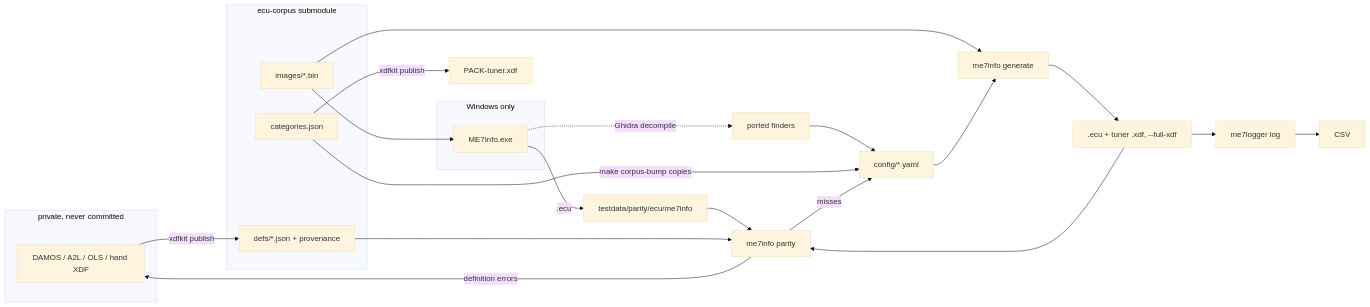
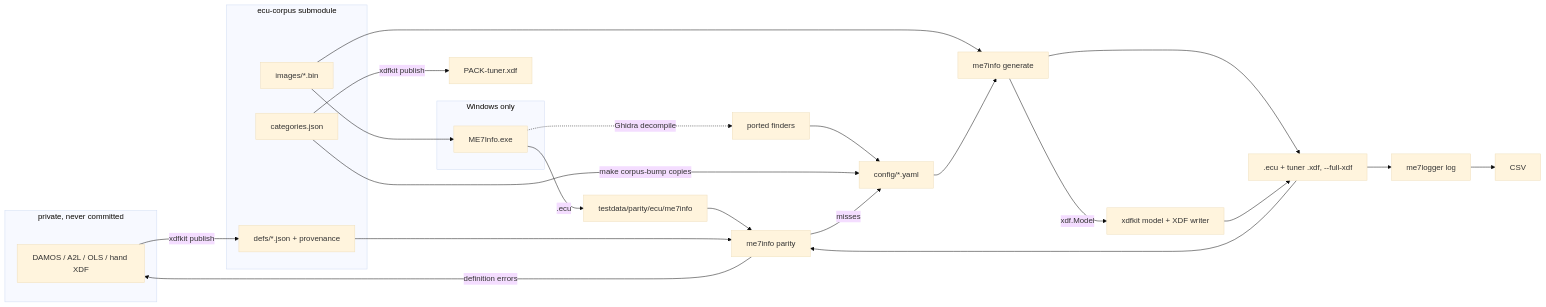
The diagram in DEVELOPER.md (nyetlabs/me7-logger), drawn with Mermaid (base theme) before and after one commit. The commit also changed other lines of this file and 19 other files, not shown here.

First line of the commit message:
feat: write XDF and read corpus defs with xdfkit

````diff
--- a/DEVELOPER.md
+++ b/DEVELOPER.md
@@ -5,29 +5,31 @@
 ```mermaid
 flowchart LR
   subgraph priv[private, never committed]
     src[DAMOS / A2L / OLS / hand XDF]
   end
   subgraph corpus[ecu-corpus submodule]
     bin[images/*.bin]
     def[defs/*.json + provenance]
     cats[categories.json]
   end
   subgraph win[Windows only]
     exe[ME7Info.exe]
   end
   src -->|xdfkit publish| def
   bin --> exe -->|.ecu| oracle[testdata/parity/ecu/me7info]
   exe -.->|Ghidra decompile| port[ported finders]
   port --> cfg[config/*.yaml]
   bin --> gen[me7info generate]
   cfg --> gen
   cats -->|make corpus-bump copies| cfg
   cats -->|xdfkit publish| tuner[PACK-tuner.xdf]
+  gen -->|xdf.Model| kit[xdfkit model + XDF writer]
   gen --> out[.ecu + tuner .xdf, --full-xdf]
+  kit --> out
   out --> log[me7logger log] --> csv[CSV]
   out --> par[me7info parity]
   oracle --> par
   def --> par
   par -->|misses| cfg
   par -->|definition errors| src
 ```
````
